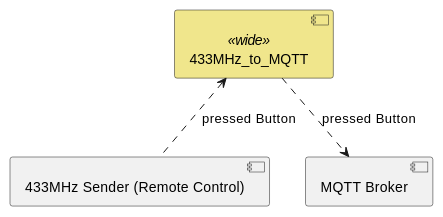
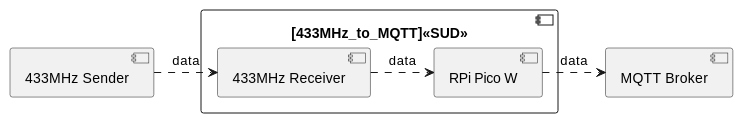
Before and after one commit to erichstuder/433MHz_to_MQTT: the diagram in doc/source/doc.rst, drawn with PlantUML. The commit also changed other lines of this file and 1 other file, not shown here.

Commit message:
improve contxt diagram and add build for documentation

```diff
--- a/doc/source/doc.rst
+++ b/doc/source/doc.rst
@@ -6,14 +6,18 @@
 .. uml::
 
    @startuml
-   skinparam component<<wide>> {
+   skinparam component<<SUD>> {
      BackgroundColor Khaki
    }
 
-   component [433MHz_to_MQTT]<<wide>>
-   component [433MHz Sender (Remote Control)]
+   component [433MHz Sender]
    component [MQTT Broker]
+   component [433MHz_to_MQTT]<<SUD>> {
+      component [433MHz Receiver]
+      component [RPi Pico W]
+   }
 
-   [433MHz_to_MQTT] <.. [433MHz Sender (Remote Control)] : pressed Button
-   [433MHz_to_MQTT] ..> [MQTT Broker] : pressed Button
+   [433MHz Sender] .r.> [433MHz Receiver] : data
+   [433MHz Receiver] .r.> [RPi Pico W] : data
+   [RPi Pico W] .r.> [MQTT Broker] : data
    @enduml
```
